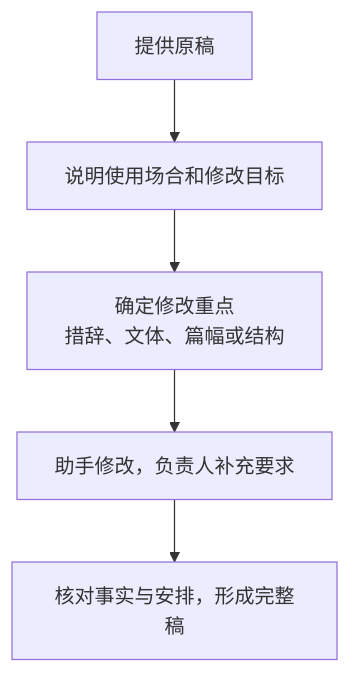
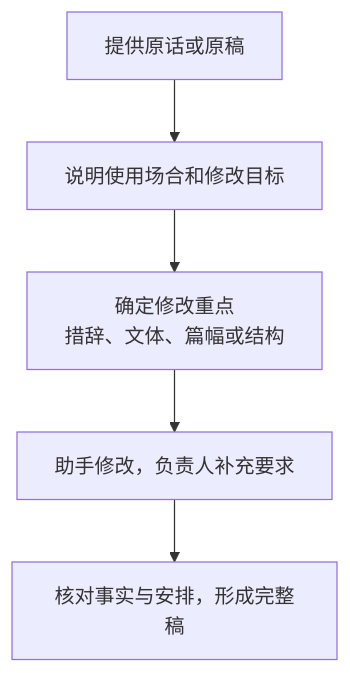
The diagram in 01-实务卷/02-materials/08-gaigai.md (afeicn/lingdao-ai-office), drawn with Mermaid before and after one commit. The commit also changed other lines of this file and 52 other files, not shown here.

````diff
--- a/01-实务卷/02-materials/08-gaigai.md
+++ b/01-实务卷/02-materials/08-gaigai.md
@@ -53,7 +43,7 @@
 ```mermaid
 flowchart TB
-    A["提供原稿"] --> B["说明使用场合和修改目标"]
+    A["提供原话或原稿"] --> B["说明使用场合和修改目标"]
     B --> C["确定修改重点<br/>措辞、文体、篇幅或结构"]
     C --> D["助手修改，负责人补充要求"]
     D --> E["核对事实与安排，形成完整稿"]
 ```
````
